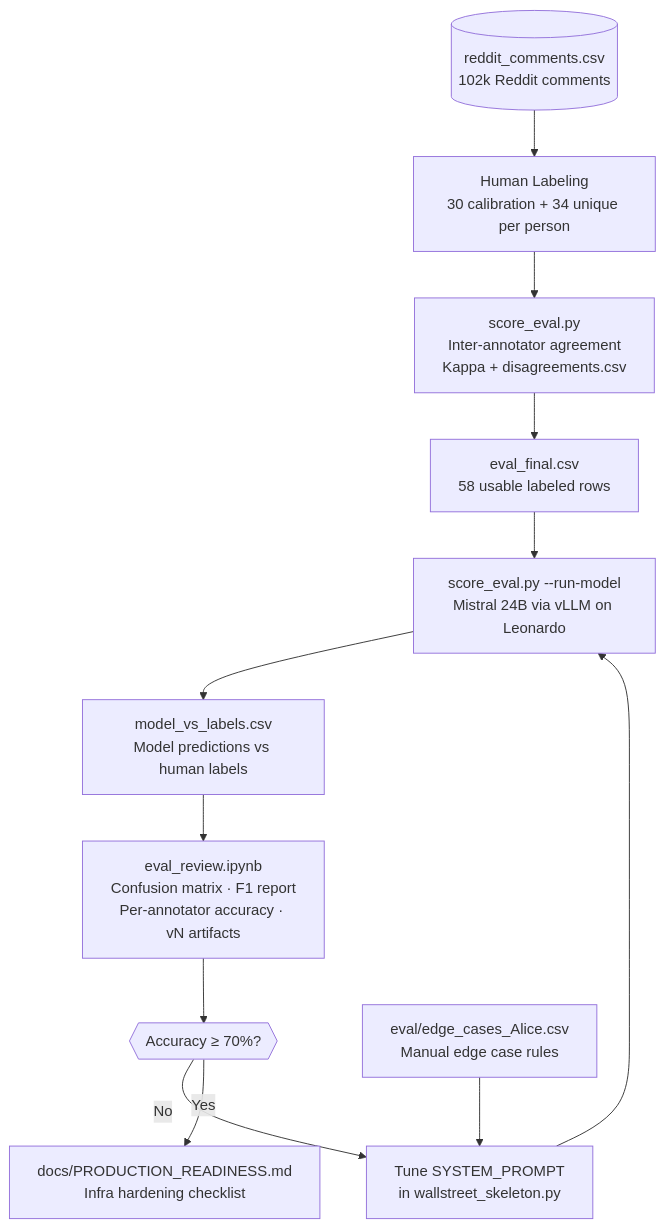
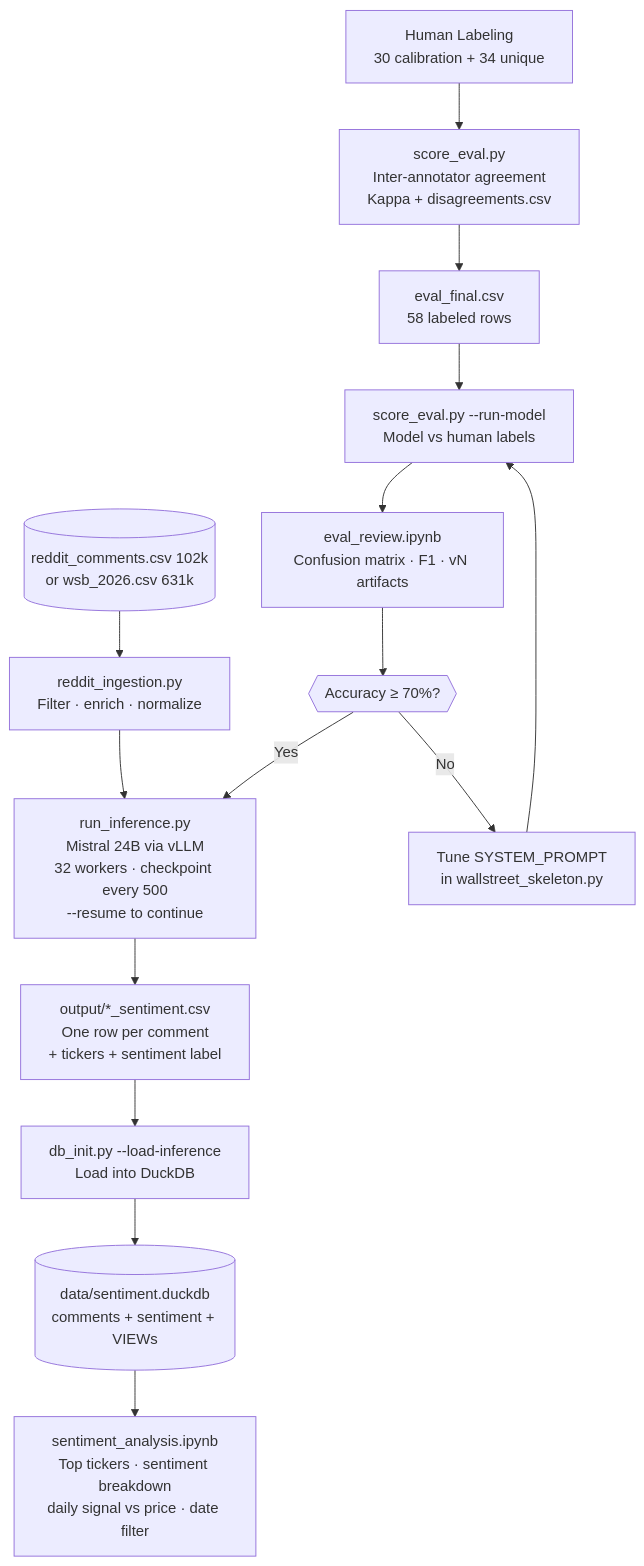
One commit to JTheSwipa/wallstreet_sentiment changed the diagram in README.md. Above: the diagram before and after it, drawn with Mermaid. The commit also changed other lines of this file and 2 other files, not shown here.

Commit message:
feat: DuckDB pipeline, viz notebook with filters, updated README with roadmap

````diff
--- a/README.md
+++ b/README.md
@@ -17,14 +22,18 @@
 ```mermaid
 flowchart TD
-    A[("reddit_comments.csv\n102k Reddit comments")] --> B["Human Labeling\n30 calibration + 34 unique per person"]
-    B --> C["score_eval.py\nInter-annotator agreement\nKappa + disagreements.csv"]
-    C --> D["eval_final.csv\n58 usable labeled rows"]
-    D --> E["score_eval.py --run-model\nMistral 24B via vLLM on Leonardo"]
-    E --> F["model_vs_labels.csv\nModel predictions vs human labels"]
-    F --> G["eval_review.ipynb\nConfusion matrix · F1 report\nPer-annotator accuracy · vN artifacts"]
-    G --> H{{"Accuracy ≥ 70%?"}}
-    H -- No --> I["Tune SYSTEM_PROMPT\nin wallstreet_skeleton.py"]
-    I --> E
-    H -- Yes --> J["docs/PRODUCTION_READINESS.md\nInfra hardening checklist"]
-    K["eval/edge_cases_Alice.csv\nManual edge case rules"] --> I
+    A[("reddit_comments.csv 102k\nor wsb_2026.csv 631k")] --> B["reddit_ingestion.py\nFilter · enrich · normalize"]
+    B --> C["run_inference.py\nMistral 24B via vLLM\n32 workers · checkpoint every 500\n--resume to continue"]
+    C --> D["output/*_sentiment.csv\nOne row per comment\n+ tickers + sentiment label"]
+    D --> E["db_init.py --load-inference\nLoad into DuckDB"]
+    E --> F[("data/sentiment.duckdb\ncomments + sentiment + VIEWs")]
+    F --> G["sentiment_analysis.ipynb\nTop tickers · sentiment breakdown\ndaily signal vs price · date filter"]
+
+    H["Human Labeling\n30 calibration + 34 unique"] --> I["score_eval.py\nInter-annotator agreement\nKappa + disagreements.csv"]
+    I --> J["eval_final.csv\n58 labeled rows"]
+    J --> K["score_eval.py --run-model\nModel vs human labels"]
+    K --> L["eval_review.ipynb\nConfusion matrix · F1 · vN artifacts"]
+    L --> M{{"Accuracy ≥ 70%?"}}
+    M -- No --> N["Tune SYSTEM_PROMPT\nin wallstreet_skeleton.py"]
+    N --> K
+    M -- Yes --> C
 ```
````
